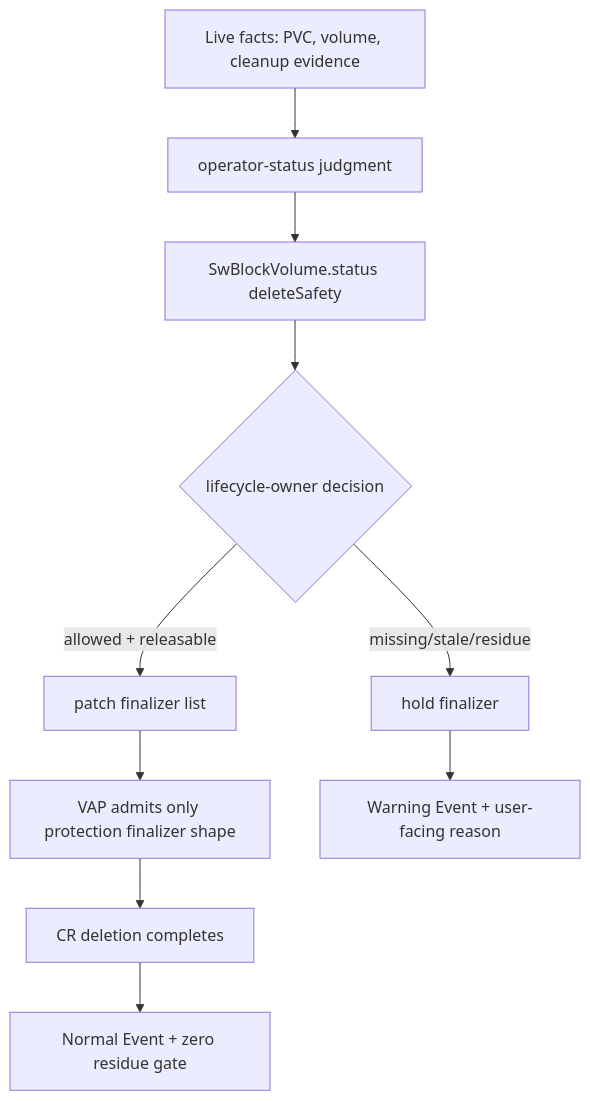
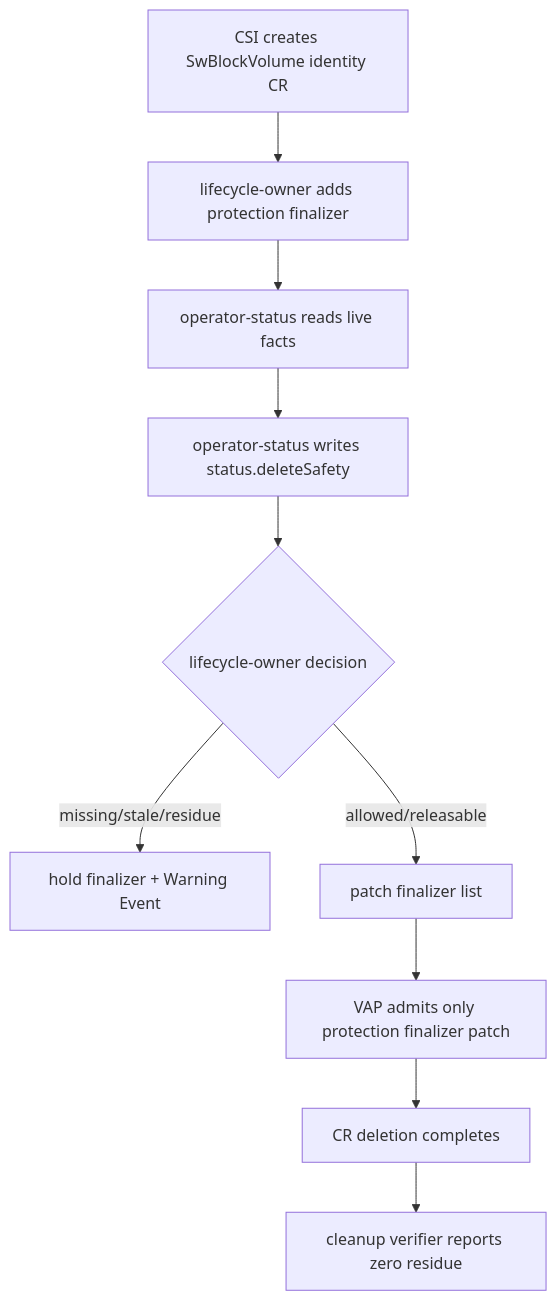
Before and after one commit to seaweedfs/seaweed-block: the second of 2 diagrams in docs/wiki/deep-dives/operation-layer-v05.md, drawn with Mermaid. The commit also changed other lines of this file and 4 other files, not shown here.

````diff
--- a/docs/wiki/deep-dives/operation-layer-v05.md
+++ b/docs/wiki/deep-dives/operation-layer-v05.md
@@ -39,12 +161,12 @@
 ```mermaid
 flowchart TD
-  A[Live facts: PVC, volume, cleanup evidence] --> B[operator-status judgment]
-  B --> C[SwBlockVolume.status deleteSafety]
-  C --> D{lifecycle-owner decision}
-  D -->|missing/stale/residue| E[hold finalizer]
-  D -->|allowed + releasable| F[patch finalizer list]
-  F --> G[VAP admits only protection finalizer shape]
-  G --> H[CR deletion completes]
-  E --> I[Warning Event + user-facing reason]
-  H --> J[Normal Event + zero residue gate]
+  A[CSI creates SwBlockVolume identity CR] --> B[lifecycle-owner adds protection finalizer]
+  B --> C[operator-status reads live facts]
+  C --> D[operator-status writes status.deleteSafety]
+  D --> E{lifecycle-owner decision}
+  E -->|missing/stale/residue| F[hold finalizer + Warning Event]
+  E -->|allowed/releasable| G[patch finalizer list]
+  G --> H[VAP admits only protection finalizer patch]
+  H --> I[CR deletion completes]
+  I --> J[cleanup verifier reports zero residue]
 ```
````
